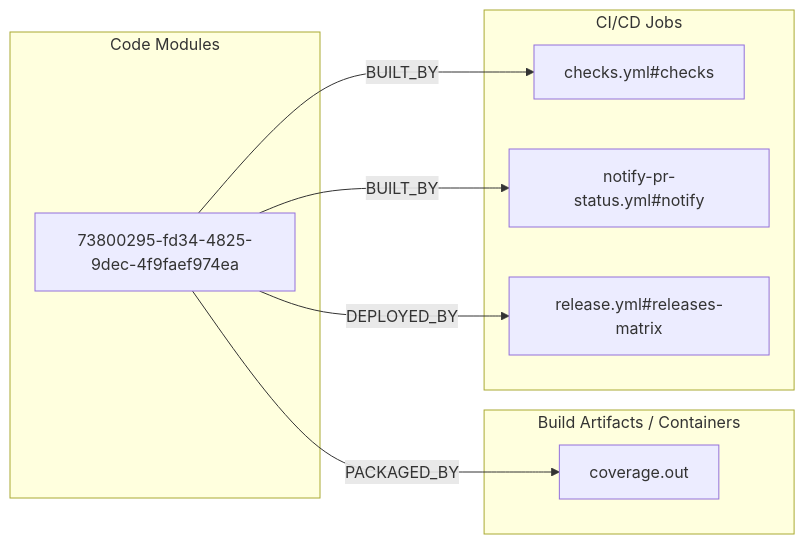
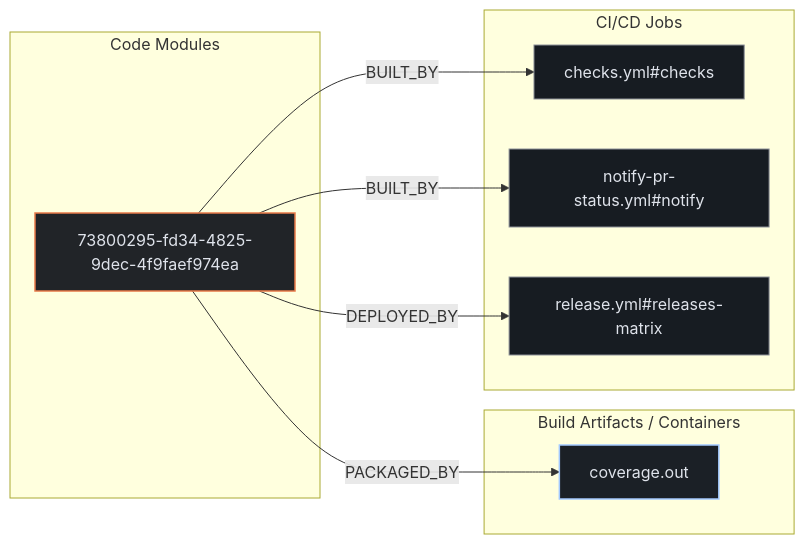
The second of 3 diagrams in exports/latest/reports/n8n-io-task-runner-launcher-report.md (kumarshaz/atruss-code-atlas), drawn with Mermaid before and after one commit. The commit also changed other lines of this file and 331 other files, not shown here.

Commit message:
docs,ui,fix: update SDLC docs, reorder CI/CD DAG first, stylize Mermaid, and fix Arc42 pipeline topology

````diff
--- a/exports/latest/reports/n8n-io-task-runner-launcher-report.md
+++ b/exports/latest/reports/n8n-io-task-runner-launcher-report.md
@@ -124,18 +131,22 @@
 ```mermaid
 flowchart LR
+    classDef atlasCategory fill:#212428,stroke:#E87A48,stroke-width:1.5px,color:#dfe3eb
+    classDef atlasWorkflow fill:#1b2026,stroke:#a3c9ff,stroke-width:1.5px,color:#dfe3eb
+    classDef atlasJob fill:#171c22,stroke:#8d9199,stroke-width:1px,color:#dfe3eb
+    classDef atlasTarget fill:#005227,stroke:#8bd99b,stroke-width:1.5px,color:#a7f6b6
     subgraph code_modules["Code Modules"]
-        mod_73800295_fd34_4825_9dec_4f9faef974ea["73800295-fd34-4825-9dec-4f9faef974ea"]
+        mod_73800295_fd34_4825_9dec_4f9faef974ea["73800295-fd34-4825-9dec-4f9faef974ea"]:::atlasCategory
     end
     subgraph build_artifacts["Build Artifacts / Containers"]
-        art_coverage_out["coverage.out"]
+        art_coverage_out["coverage.out"]:::atlasWorkflow
     end
     subgraph ci_jobs["CI/CD Jobs"]
-        job_checks_yml_checks["checks.yml#checks"]
-        job_notify_pr_status_yml_notify["notify-pr-status.yml#notify"]
-        job_release_yml_releases_matrix["release.yml#releases-matrix"]
+        job_checks_yml_checks["checks.yml#checks"]:::atlasJob
+        job_notify_pr_status_yml_notify["notify-pr-status.yml#notify"]:::atlasJob
+        job_release_yml_releases_matrix["release.yml#releases-matrix"]:::atlasJob
     end
     mod_73800295_fd34_4825_9dec_4f9faef974ea -->|BUILT_BY| job_checks_yml_checks
     mod_73800295_fd34_4825_9dec_4f9faef974ea -->|BUILT_BY| job_notify_pr_status_yml_notify
     mod_73800295_fd34_4825_9dec_4f9faef974ea -->|DEPLOYED_BY| job_release_yml_releases_matrix
     mod_73800295_fd34_4825_9dec_4f9faef974ea -->|PACKAGED_BY| art_coverage_out
 ```
````
